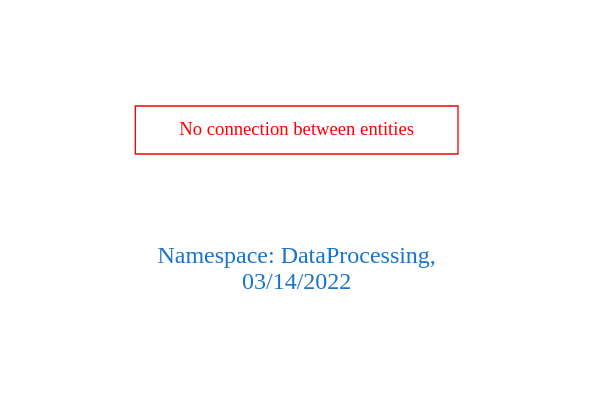
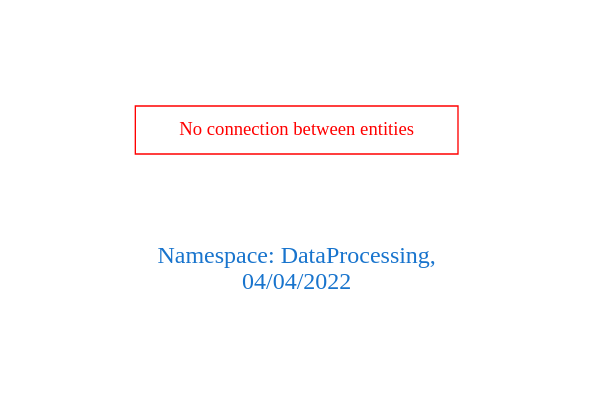
The diagram in downloads/DataProcessing.dot (arago/OGIT), drawn with Graphviz before and after one commit. The commit also changed 1906 other files, not shown here.

```diff
--- a/downloads/DataProcessing.dot
+++ b/downloads/DataProcessing.dot
@@ -1,9 +1,9 @@
 digraph OGIT_ontology {
  graph [ rankdir= LR,pad=1 
 fontsize = 18,
-fontcolor= dodgerblue3,label = "\n\n\nNamespace: DataProcessing, \n 03/14/2022"];
+fontcolor= dodgerblue3,label = "\n\n\nNamespace: DataProcessing, \n 04/04/2022"];
 node[shape=polygon];
 edge [  color="gray81"];
 
 "No connection between entities" [fontcolor = "red",color="red", shape="polygon"]
 }
```
